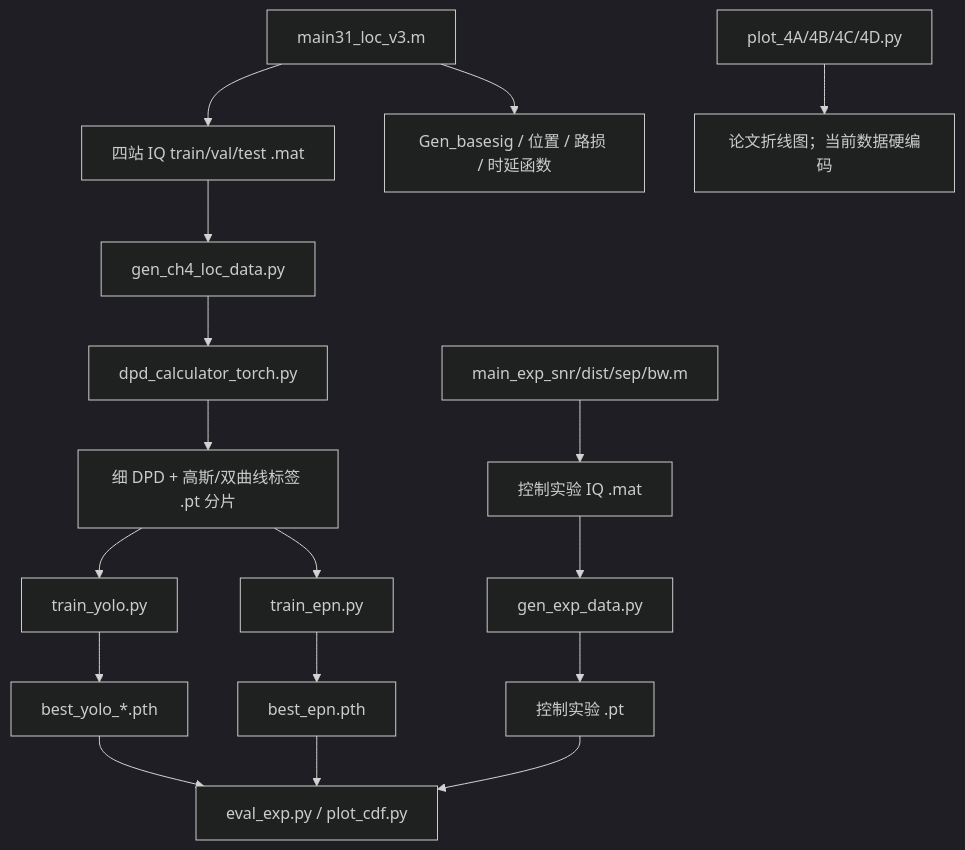
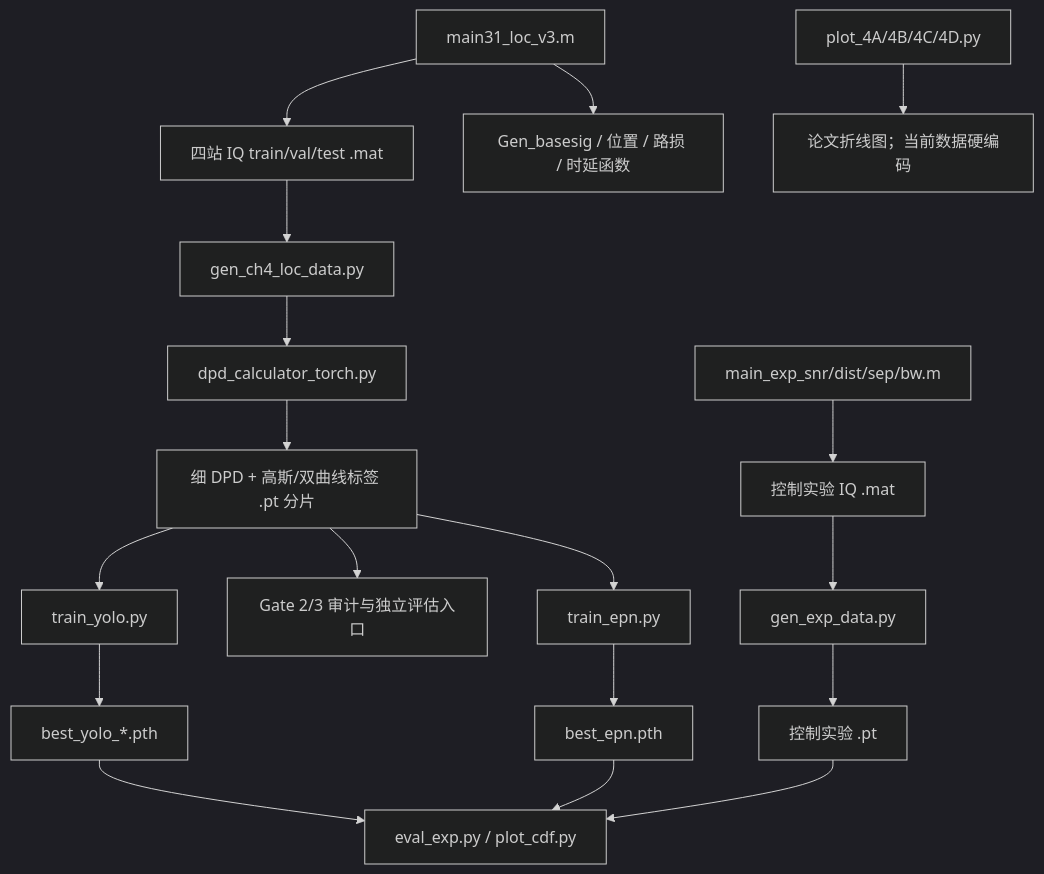
Before and after one commit to KanoShroud/SourceCount_DPD: the third of 3 diagrams in 第一阶段_论文与代码接管审查.md, drawn with Mermaid (dark theme). The commit also changed other lines of this file and 7 other files, not shown here.

````diff
--- a/第一阶段_论文与代码接管审查.md
+++ b/第一阶段_论文与代码接管审查.md
@@ -492,19 +502,20 @@
 ```mermaid
 flowchart TD
     A["main31_loc_v3.m"] --> B["四站 IQ train/val/test .mat"]
     A --> C["Gen_basesig / 位置 / 路损 / 时延函数"]
     B --> D["gen_ch4_loc_data.py"]
     D --> E["dpd_calculator_torch.py"]
     E --> F["细 DPD + 高斯/双曲线标签 .pt 分片"]
     F --> G["train_yolo.py"]
+    F --> R["Gate 2/3 审计与独立评估入口"]
     F --> H["train_epn.py"]
     G --> I["best_yolo_*.pth"]
     H --> J["best_epn.pth"]
     K["main_exp_snr/dist/sep/bw.m"] --> L["控制实验 IQ .mat"]
     L --> M["gen_exp_data.py"]
     M --> N["控制实验 .pt"]
     I --> O["eval_exp.py / plot_cdf.py"]
     J --> O
     N --> O
     P["plot_4A/4B/4C/4D.py"] --> Q["论文折线图；当前数据硬编码"]
 ```
````
